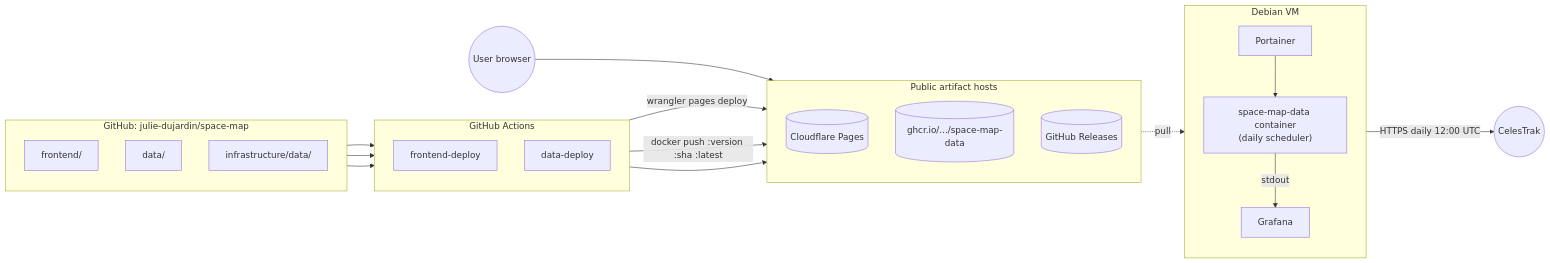
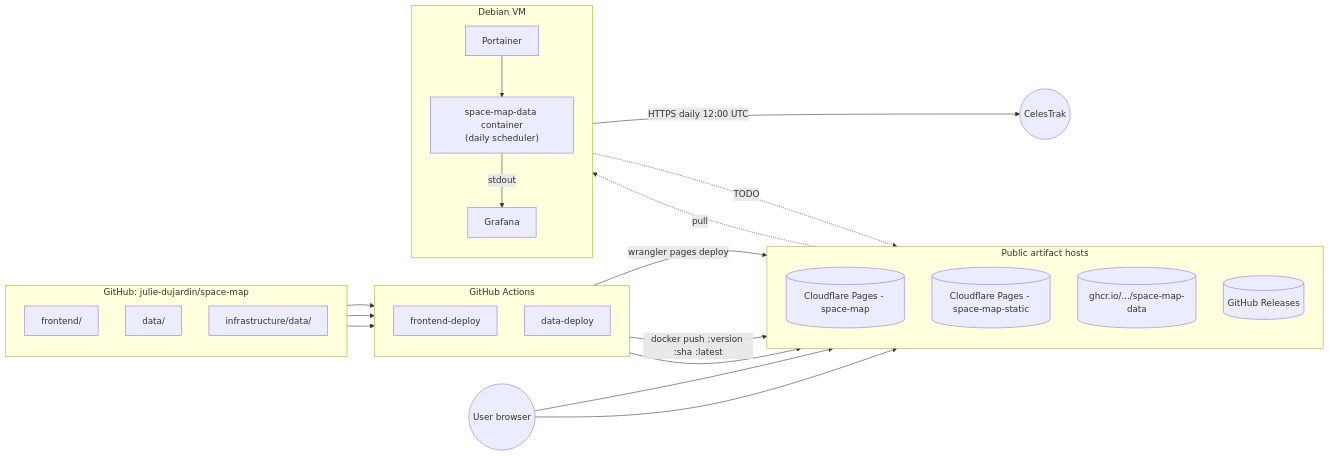
The diagram in docs/infrastructure.md (julie-dujardin/space-map), drawn with Mermaid before and after one commit. The commit also changed other lines of this file, not shown here.

Commit message:
doc: update infra

````diff
--- a/docs/infrastructure.md
+++ b/docs/infrastructure.md
@@ -3,48 +3,51 @@
 ```mermaid
 flowchart LR
   user((User browser))
   celestrak((CelesTrak))
 
   subgraph repo["GitHub: julie-dujardin/space-map"]
     direction TB
     src_fe[frontend/]
     src_data[data/]
     src_infra[infrastructure/data/]
   end
 
   subgraph ci["GitHub Actions"]
     direction TB
     wf_fe[frontend-deploy]
     wf_data[data-deploy]
   end
 
   subgraph hosts["Public artifact hosts"]
     direction TB
-    cfpages[("Cloudflare Pages")]
+    cfpagesfront[("Cloudflare Pages - space-map")]
+    cfpagesstatic[("Cloudflare Pages - space-map-static")]
     ghcr[("ghcr.io/.../space-map-data")]
     ghrel[("GitHub Releases")]
   end
 
   subgraph vm["Debian VM"]
     direction TB
     portainer[Portainer]
     container["space-map-data container<br/>(daily scheduler)"]
     grafana[Grafana]
   end
 
   src_fe --> wf_fe
   src_data --> wf_data
   src_infra --> wf_data
 
-  wf_fe -->|"wrangler pages deploy"| cfpages
+  wf_fe -->|"wrangler pages deploy"| cfpagesfront
   wf_data -->|"docker push :version :sha :latest"| ghcr
   wf_data --> ghrel
 
   ghcr -.->|pull| portainer
   portainer --> container
 
   container -->|stdout| grafana
   container -->|"HTTPS daily 12:00 UTC"| celestrak
+  container -.->|TODO| cfpagesstatic
 
-  user --> cfpages
+  user --> cfpagesfront
+  user --> cfpagesstatic
 ```
````
